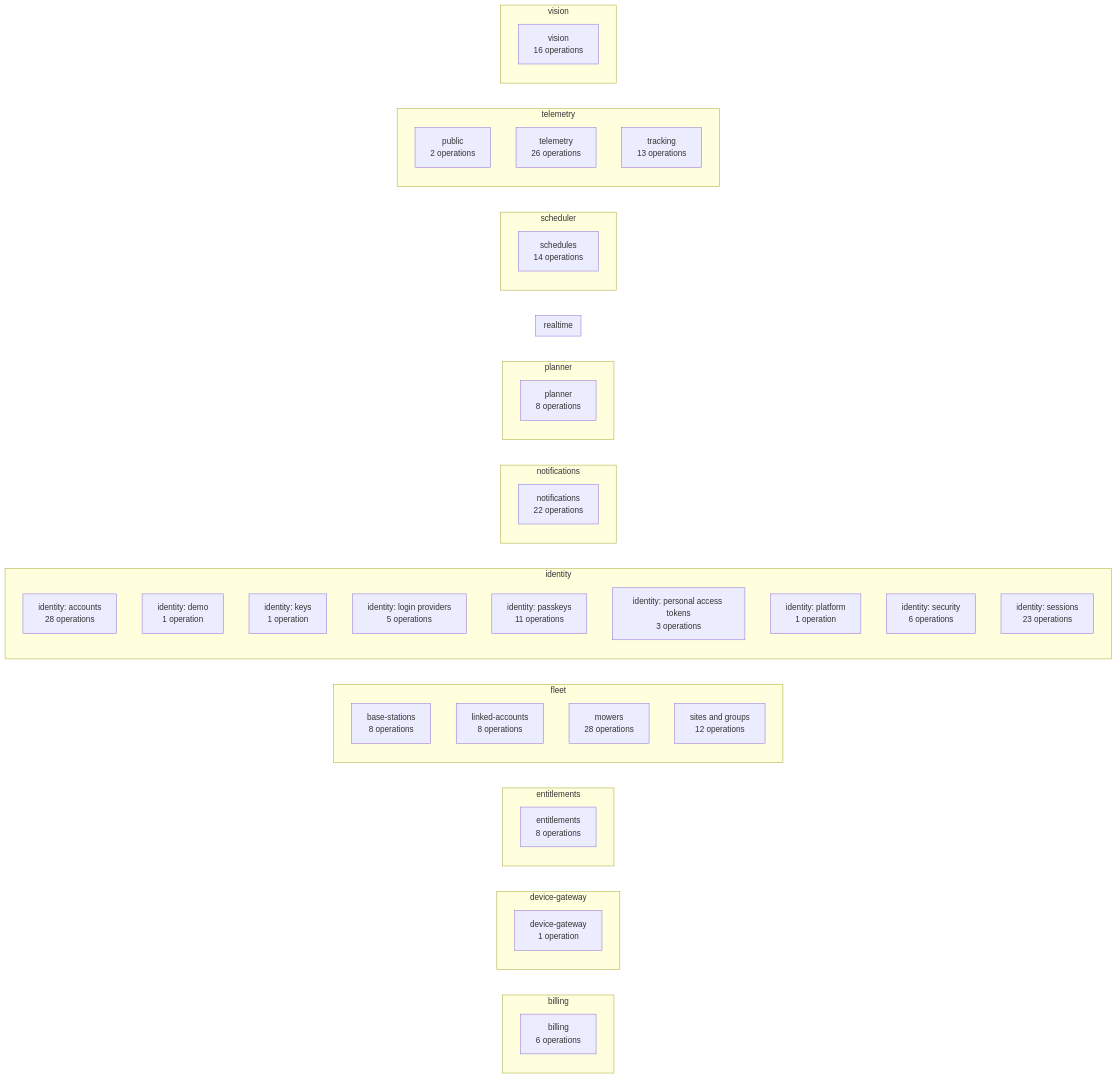
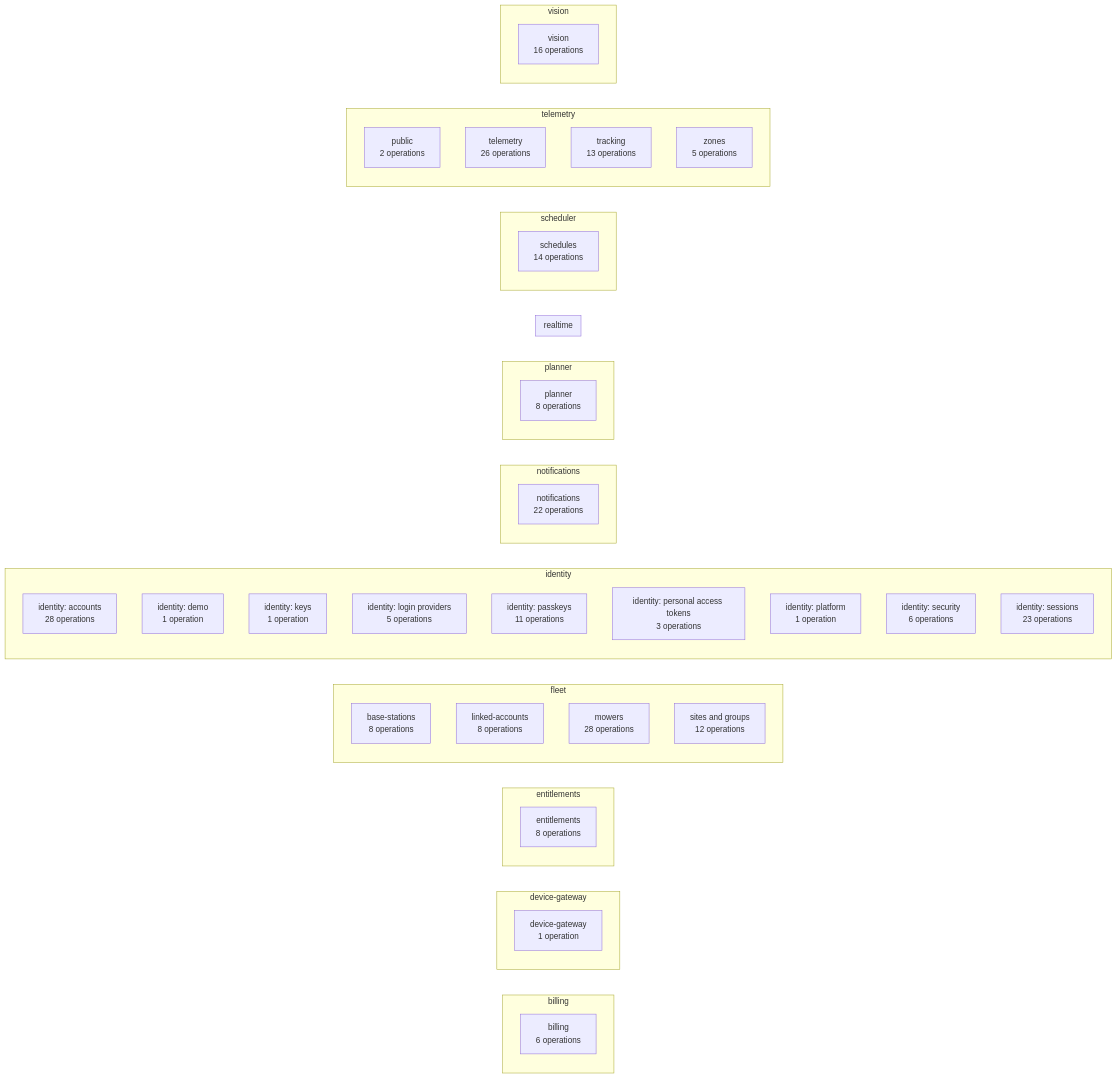
Before and after one commit to lukislp/mowdeck: diagram 14 of 15 in docs/architecture/generated.md, drawn with Mermaid. The commit also changed other lines of this file and 43 other files, not shown here.

````diff
--- a/docs/architecture/generated.md
+++ b/docs/architecture/generated.md
@@ -436,59 +436,60 @@
 ```mermaid
 flowchart LR
   subgraph billing["billing"]
     direction TB
     billing_billing["billing<br/>6 operations"]
   end
   subgraph device_gateway["device-gateway"]
     direction TB
     device_gateway_device_gateway["device-gateway<br/>1 operation"]
   end
   subgraph entitlements["entitlements"]
     direction TB
     entitlements_entitlements["entitlements<br/>8 operations"]
   end
   subgraph fleet["fleet"]
     direction TB
     fleet_base_stations["base-stations<br/>8 operations"]
     fleet_linked_accounts["linked-accounts<br/>8 operations"]
     fleet_mowers["mowers<br/>28 operations"]
     fleet_sites_and_groups["sites and groups<br/>12 operations"]
   end
   subgraph identity["identity"]
     direction TB
     identity_identity__accounts["identity: accounts<br/>28 operations"]
     identity_identity__demo["identity: demo<br/>1 operation"]
     identity_identity__keys["identity: keys<br/>1 operation"]
     identity_identity__login_providers["identity: login providers<br/>5 operations"]
     identity_identity__passkeys["identity: passkeys<br/>11 operations"]
     identity_identity__personal_access_tokens["identity: personal access tokens<br/>3 operations"]
     identity_identity__platform["identity: platform<br/>1 operation"]
     identity_identity__security["identity: security<br/>6 operations"]
     identity_identity__sessions["identity: sessions<br/>23 operations"]
   end
   subgraph notifications["notifications"]
     direction TB
     notifications_notifications["notifications<br/>22 operations"]
   end
   subgraph planner["planner"]
     direction TB
     planner_planner["planner<br/>8 operations"]
   end
   subgraph realtime["realtime"]
     direction TB
   end
   subgraph scheduler["scheduler"]
     direction TB
     scheduler_schedules["schedules<br/>14 operations"]
   end
   subgraph telemetry["telemetry"]
     direction TB
     telemetry_public["public<br/>2 operations"]
     telemetry_telemetry["telemetry<br/>26 operations"]
     telemetry_tracking["tracking<br/>13 operations"]
+    telemetry_zones["zones<br/>5 operations"]
   end
   subgraph vision["vision"]
     direction TB
     vision_vision["vision<br/>16 operations"]
   end
 ```
````
